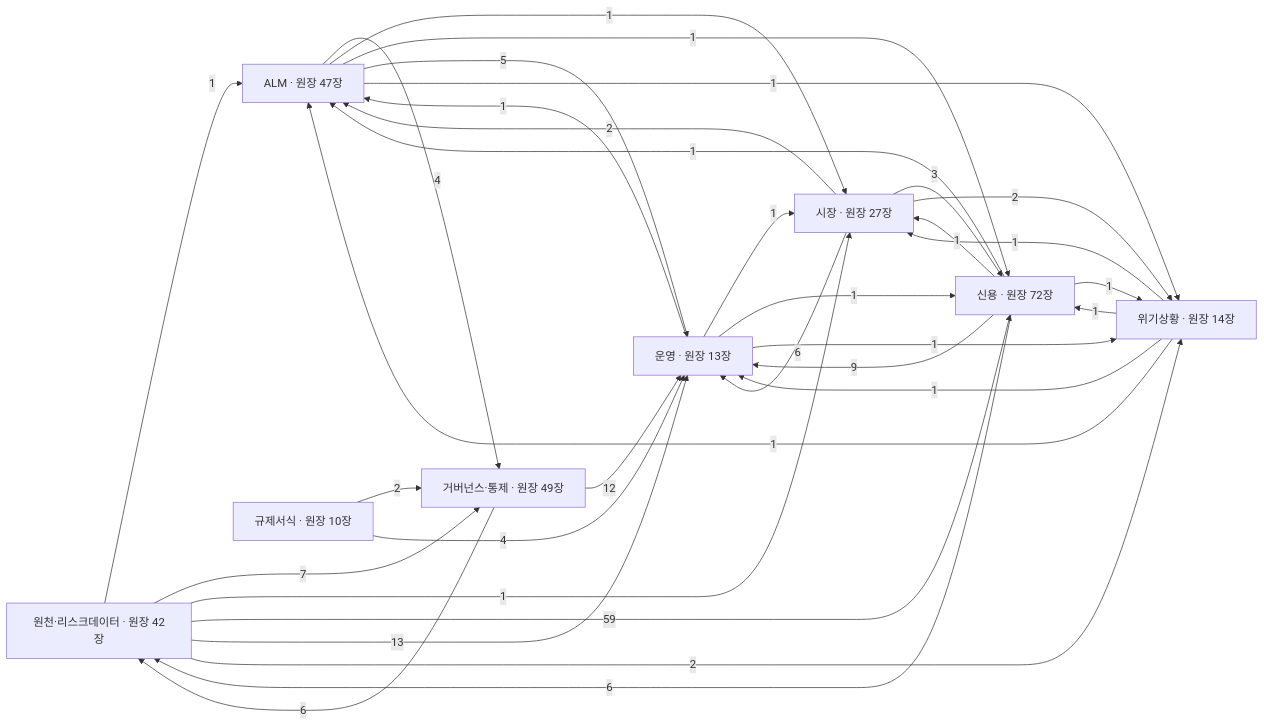
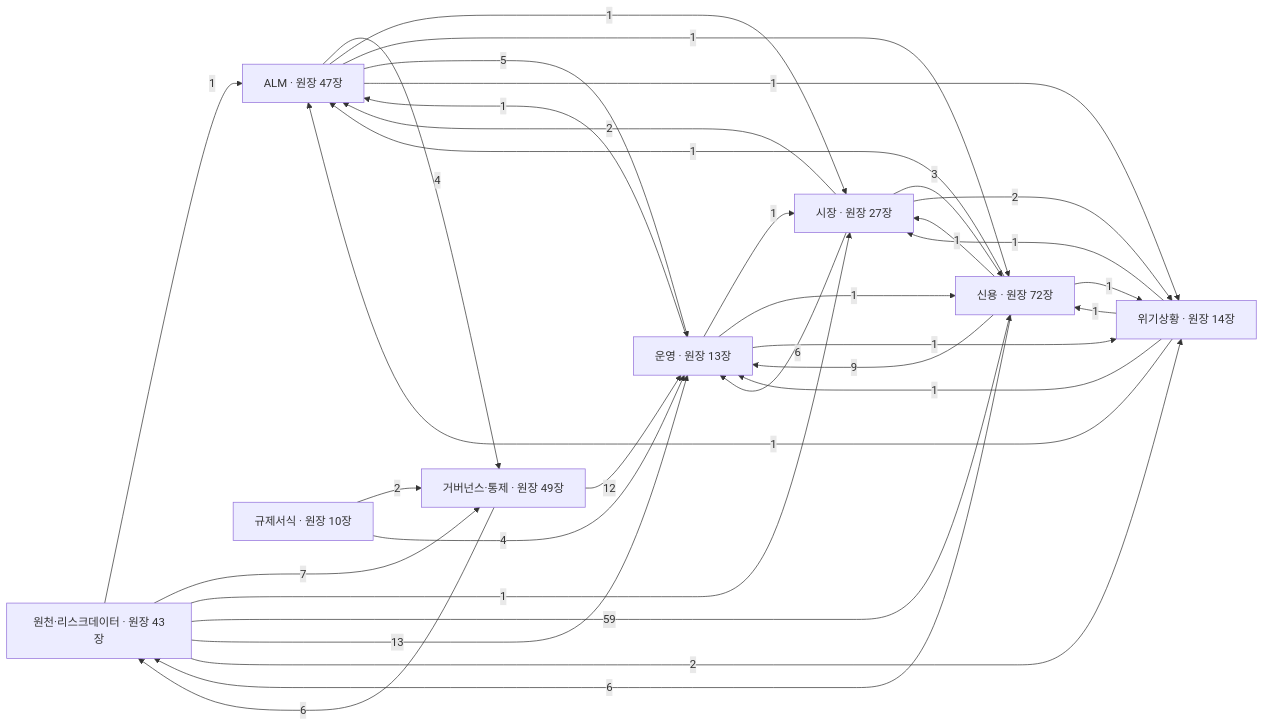
Before and after one commit to bbootta/AIops: the first of 18 diagrams in docs/DATA_FLOW.md, drawn with Mermaid. The commit also changed other lines of this file and 12 other files, not shown here.

````diff
--- a/docs/DATA_FLOW.md
+++ b/docs/DATA_FLOW.md
@@ -44,43 +44,43 @@
 ```mermaid
 flowchart LR
-  B1["원천·리스크데이터 · 원장 42장"]
+  B1["원천·리스크데이터 · 원장 43장"]
   B2["신용 · 원장 72장"]
   B3["시장 · 원장 27장"]
   B4["운영 · 원장 13장"]
   B5["ALM · 원장 47장"]
   B6["위기상황 · 원장 14장"]
   B7["규제서식 · 원장 10장"]
   B8["거버넌스·통제 · 원장 49장"]
   B5 -->|4| B8
   B5 -->|1| B3
   B5 -->|1| B2
   B5 -->|5| B4
   B5 -->|1| B6
   B8 -->|12| B4
   B8 -->|6| B1
   B7 -->|2| B8
   B7 -->|4| B4
   B3 -->|2| B5
   B3 -->|3| B2
   B3 -->|6| B4
   B3 -->|2| B6
   B2 -->|1| B5
   B2 -->|1| B3
   B2 -->|9| B4
   B2 -->|6| B1
   B2 -->|1| B6
   B4 -->|1| B5
   B4 -->|1| B3
   B4 -->|1| B2
   B4 -->|1| B6
   B1 -->|1| B5
   B1 -->|7| B8
   B1 -->|1| B3
   B1 -->|59| B2
   B1 -->|13| B4
   B1 -->|2| B6
   B6 -->|1| B5
   B6 -->|1| B3
   B6 -->|1| B2
   B6 -->|1| B4
 ```
````
